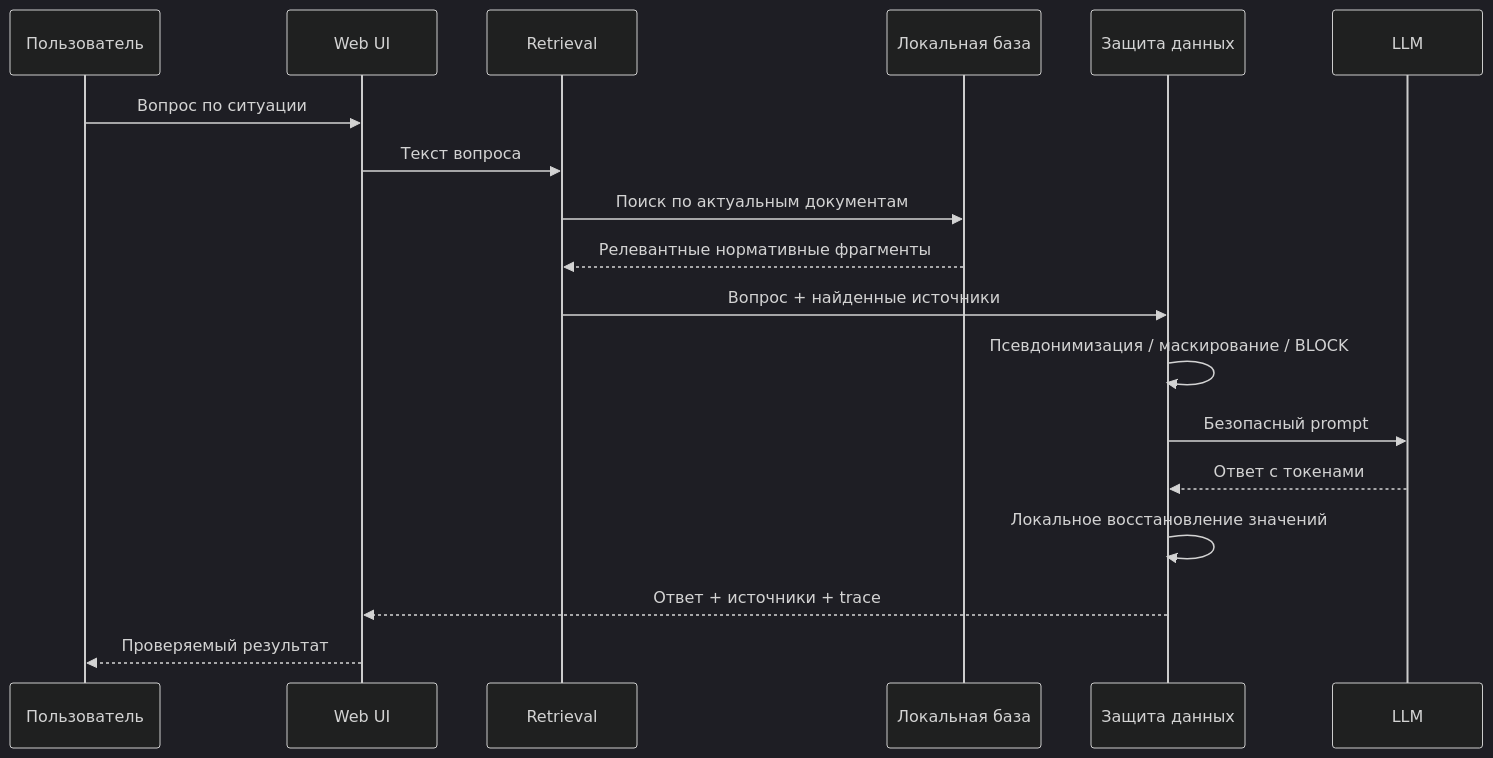
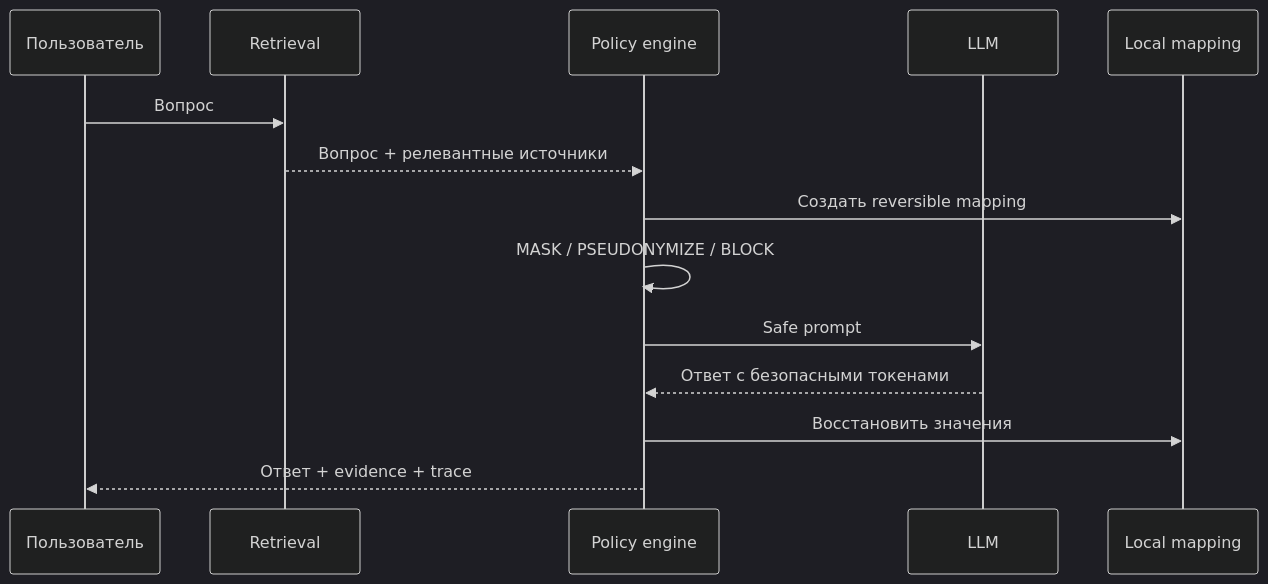
One commit to NesmachnyDN/cps-hackathon-summary changed the third of 3 diagrams in README.md. Above: the diagram before and after it, drawn with Mermaid (dark theme). The commit also changed other lines of this file and 1 other file, not shown here.

````diff
--- a/README.md
+++ b/README.md
@@ -88,21 +152,17 @@
 ```mermaid
 sequenceDiagram
     participant U as Пользователь
-    participant UI as Web UI
     participant R as Retrieval
-    participant KB as Локальная база
-    participant P as Защита данных
+    participant P as Policy engine
     participant L as LLM
+    participant M as Local mapping
 
-    U->>UI: Вопрос по ситуации
-    UI->>R: Текст вопроса
-    R->>KB: Поиск по актуальным документам
-    KB-->>R: Релевантные нормативные фрагменты
-    R->>P: Вопрос + найденные источники
-    P->>P: Псевдонимизация / маскирование / BLOCK
-    P->>L: Безопасный prompt
-    L-->>P: Ответ с токенами
-    P->>P: Локальное восстановление значений
-    P-->>UI: Ответ + источники + trace
-    UI-->>U: Проверяемый результат
+    U->>R: Вопрос
+    R-->>P: Вопрос + релевантные источники
+    P->>M: Создать reversible mapping
+    P->>P: MASK / PSEUDONYMIZE / BLOCK
+    P->>L: Safe prompt
+    L-->>P: Ответ с безопасными токенами
+    P->>M: Восстановить значения
+    P-->>U: Ответ + evidence + trace
 ```
````
